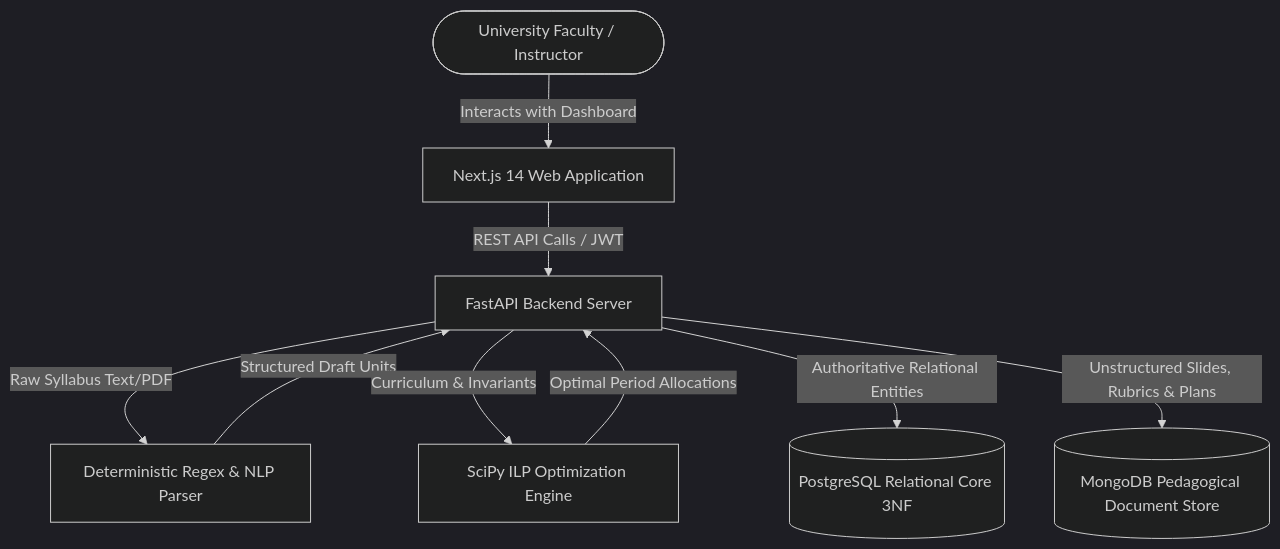
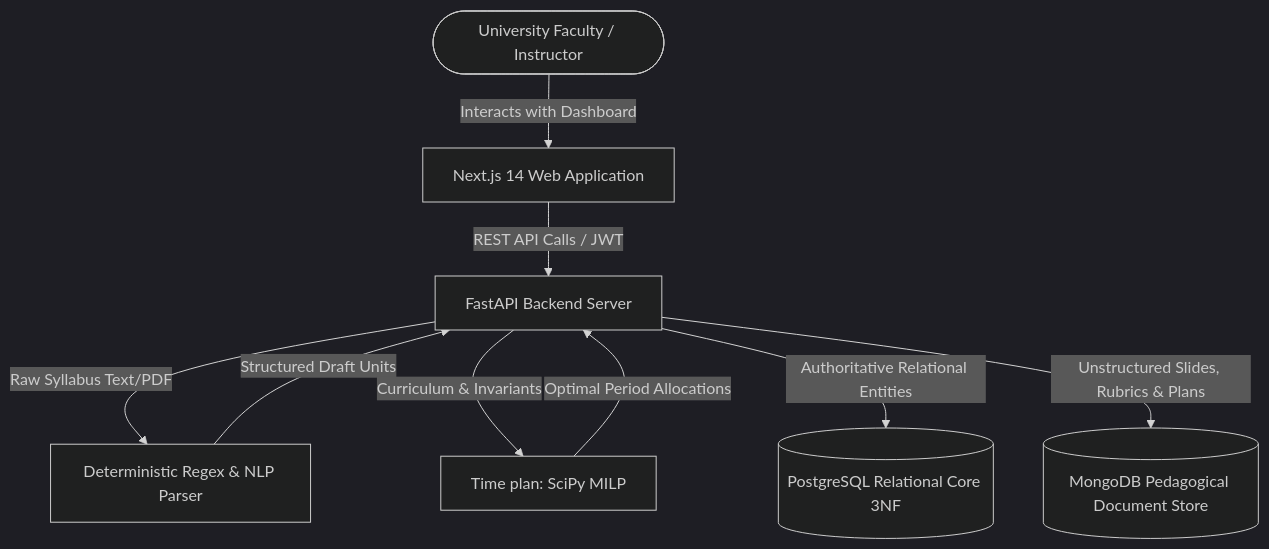
Before and after one commit to VasaShashank/OptiLearn: the first of 3 diagrams in docs/architecture_diagrams.md, drawn with Mermaid (dark theme). The commit also changed 5 other files, not shown here.

First line of the commit message:
Docs: README, DBMS report, user manual, API reference and roadmap for the current feature set

````diff
--- a/docs/architecture_diagrams.md
+++ b/docs/architecture_diagrams.md
@@ -9,19 +9,19 @@
 ```mermaid
 graph TD
     User([University Faculty / Instructor])
     Web[Next.js 14 Web Application]
     API[FastAPI Backend Server]
     NLP[Deterministic Regex & NLP Parser]
-    OptEngine[SciPy ILP Optimization Engine]
+    OptEngine[Time plan: SciPy MILP]
     PG[(PostgreSQL Relational Core 3NF)]
     Mongo[(MongoDB Pedagogical Document Store)]
 
     User -->|Interacts with Dashboard| Web
     Web -->|REST API Calls / JWT| API
     API -->|Raw Syllabus Text/PDF| NLP
     NLP -->|Structured Draft Units| API
     API -->|Curriculum & Invariants| OptEngine
     OptEngine -->|Optimal Period Allocations| API
     API -->|Authoritative Relational Entities| PG
     API -->|Unstructured Slides, Rubrics & Plans| Mongo
 ```
````
